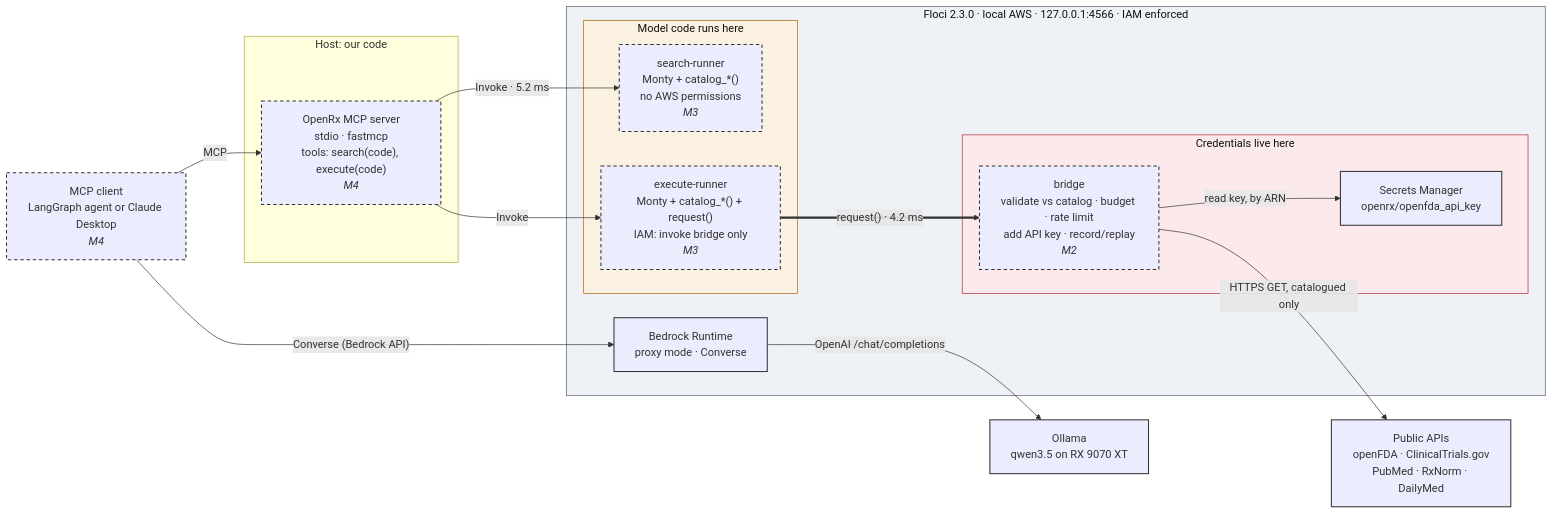
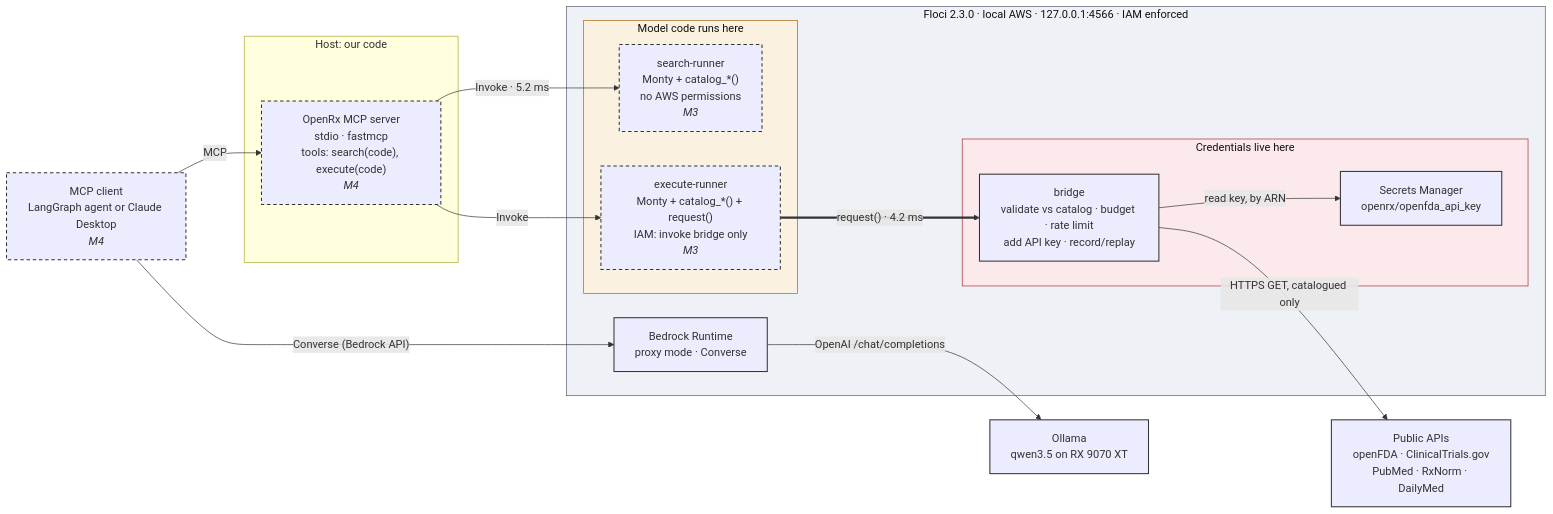
One commit to pratyushmohit/openrx changed the first of 3 diagrams in docs/architecture.md. Above: the diagram before and after it, drawn with Mermaid. The commit also changed other lines of this file and 7 other files, not shown here.

````diff
--- a/docs/architecture.md
+++ b/docs/architecture.md
@@ -18,40 +18,40 @@
 ```mermaid
 flowchart LR
   client["MCP client<br/>LangGraph agent or Claude Desktop<br/><i>M4</i>"]
   ollama["Ollama<br/>qwen3.5 on RX 9070 XT"]
 
   subgraph host["Host: our code"]
     server["OpenRx MCP server<br/>stdio · fastmcp<br/>tools: search(code), execute(code)<br/><i>M4</i>"]
   end
 
   subgraph floci["Floci 2.3.0 · local AWS · 127.0.0.1:4566 · IAM enforced"]
     subgraph sandbox["Model code runs here"]
       search["search-runner<br/>Monty + catalog_*()<br/>no AWS permissions<br/><i>M3</i>"]
       execute["execute-runner<br/>Monty + catalog_*() + request()<br/>IAM: invoke bridge only<br/><i>M3</i>"]
     end
     subgraph creds["Credentials live here"]
-      bridge["bridge<br/>validate vs catalog · budget · rate limit<br/>add API key · record/replay<br/><i>M2</i>"]
+      bridge["bridge<br/>validate vs catalog · budget · rate limit<br/>add API key · record/replay"]
       secrets["Secrets Manager<br/>openrx/openfda_api_key"]
     end
     bedrock["Bedrock Runtime<br/>proxy mode · Converse"]
   end
 
   apis["Public APIs<br/>openFDA · ClinicalTrials.gov<br/>PubMed · RxNorm · DailyMed"]
 
   client -- "MCP" --> server
   server -- "Invoke · 5.2 ms" --> search
   server -- "Invoke" --> execute
   execute == "request() · 4.2 ms" ==> bridge
   bridge -- "read key, by ARN" --> secrets
   bridge -- "HTTPS GET, catalogued only" --> apis
   client -- "Converse (Bedrock API)" --> bedrock
   bedrock -- "OpenAI /chat/completions" --> ollama
 
   classDef built stroke:#333,stroke-width:1.5px
   classDef planned stroke:#333,stroke-width:1.5px,stroke-dasharray:5 4
-  class secrets,bedrock,ollama,apis built
-  class client,server,search,execute,bridge planned
+  class secrets,bedrock,ollama,apis,bridge built
+  class client,server,search,execute planned
   style sandbox fill:#fbf1e1,stroke:#a8640a,color:#111
   style creds fill:#fbe9eb,stroke:#ad2a3c,color:#111
   style floci fill:#eef1f6,stroke:#586170,color:#111
 ```
````
